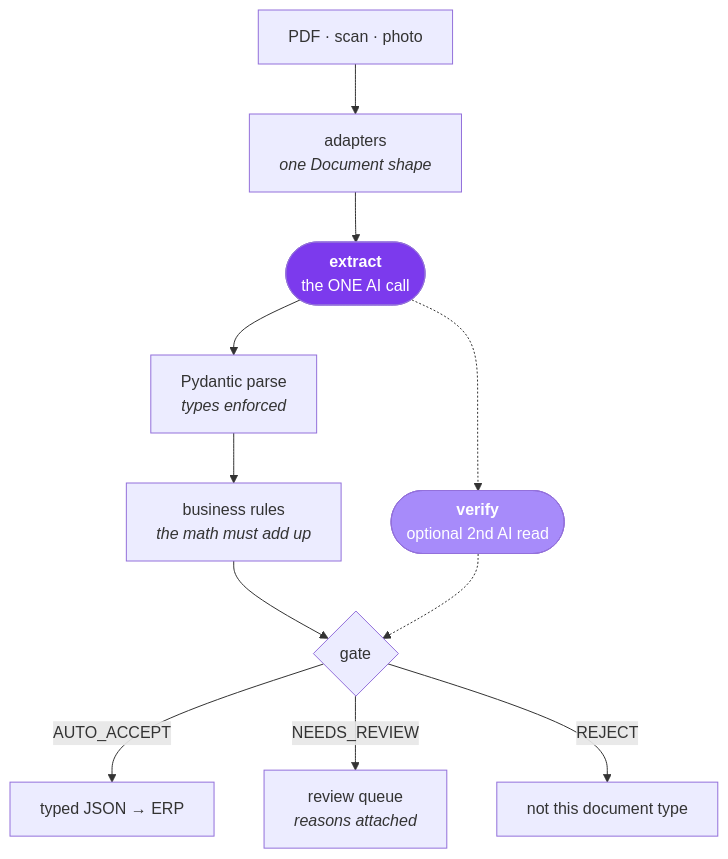
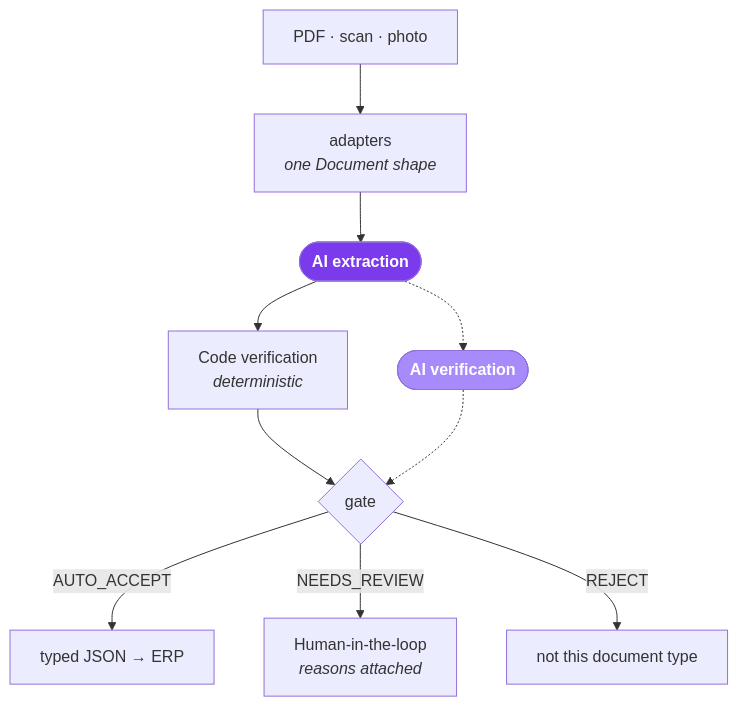
Before and after one commit to crevelop/ai-invoice-extractor: the diagram in README.md, drawn with Mermaid.

Commit message:
Update diagram

````diff
--- a/README.md
+++ b/README.md
@@ -7,16 +7,15 @@
 ```mermaid
 flowchart TD
     IN["PDF · scan · photo"] --> AD["adapters<br/><i>one Document shape</i>"]
-    AD --> EX(["<b>extract</b><br/>the ONE AI call"])
-    EX --> PV["Pydantic parse<br/><i>types enforced</i>"]
-    PV --> RU["business rules<br/><i>the math must add up</i>"]
-    RU --> GA{"gate"}
-    EX -.-> VF(["<b>verify</b><br/>optional 2nd AI read"])
+    AD --> EX(["<b>AI extraction</b>"])
+    EX --> CV["Code verification<br/><i>deterministic</i>"]
+    CV --> GA{"gate"}
+    EX -.-> VF(["<b>AI verification</b>"])
     VF -.-> GA
     GA -->|AUTO_ACCEPT| OK["typed JSON → ERP"]
-    GA -->|NEEDS_REVIEW| RQ["review queue<br/><i>reasons attached</i>"]
+    GA -->|NEEDS_REVIEW| RQ["Human-in-the-loop<br/><i>reasons attached</i>"]
     GA -->|REJECT| NO["not this document type"]
 
     style EX fill:#7c3aed,color:#fff
     style VF fill:#a78bfa,color:#fff
 ```
````
